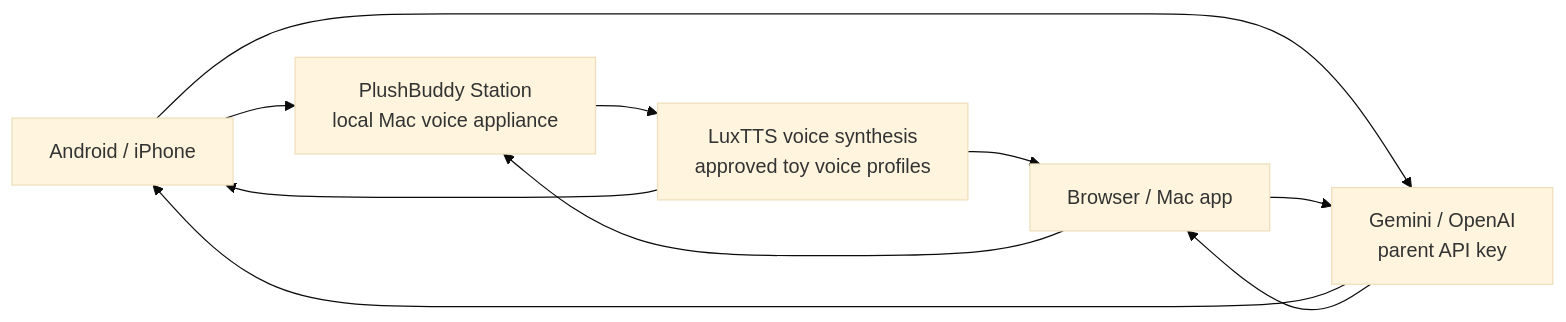
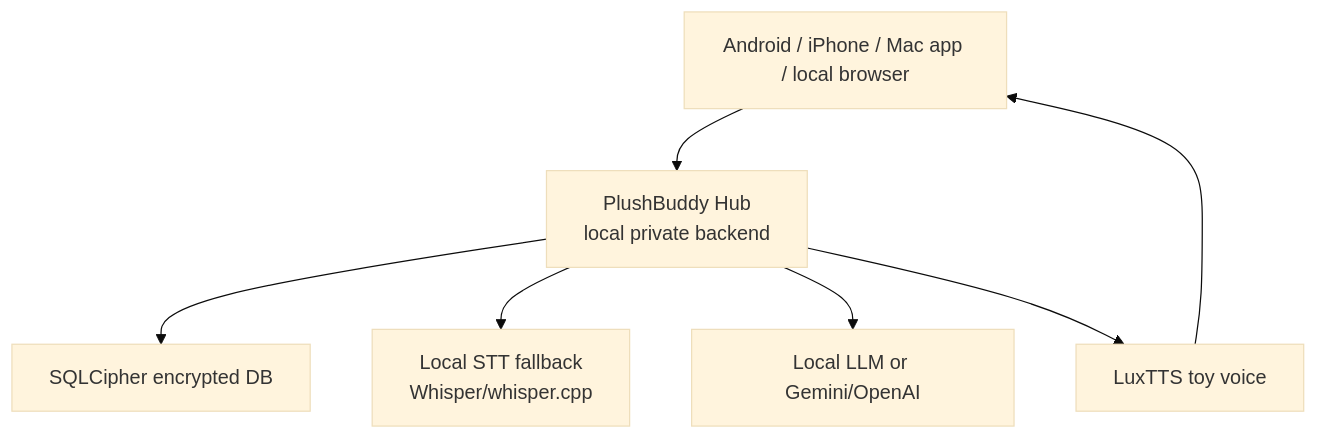
One commit to palwe-prafulla/plushpal changed the diagram in README.md. Above: the diagram before and after it, drawn with Mermaid (base theme). The commit also changed other lines of this file and 9 other files, not shown here.

Commit message:
Document PlushBuddy Hub target architecture

````diff
--- a/README.md
+++ b/README.md
@@ -76,12 +76,9 @@
 ```mermaid
-flowchart LR
-    Mobile["Android / iPhone"] --> Station["PlushBuddy Station<br/>local Mac voice appliance"]
-    Desktop["Browser / Mac app"] --> Station
-    Mobile --> LLM["Gemini / OpenAI<br/>parent API key"]
-    Desktop --> LLM
-    Station --> Voice["LuxTTS voice synthesis<br/>approved toy voice profiles"]
-    LLM --> Mobile
-    LLM --> Desktop
-    Voice --> Mobile
-    Voice --> Desktop
+flowchart TB
+    Clients["Android / iPhone / Mac app / local browser"] --> Hub["PlushBuddy Hub<br/>local private backend"]
+    Hub --> DB["SQLCipher encrypted DB"]
+    Hub --> STT["Local STT fallback<br/>Whisper/whisper.cpp"]
+    Hub --> LLM["Local LLM or Gemini/OpenAI"]
+    Hub --> TTS["LuxTTS toy voice"]
+    TTS --> Clients
 ```
````
